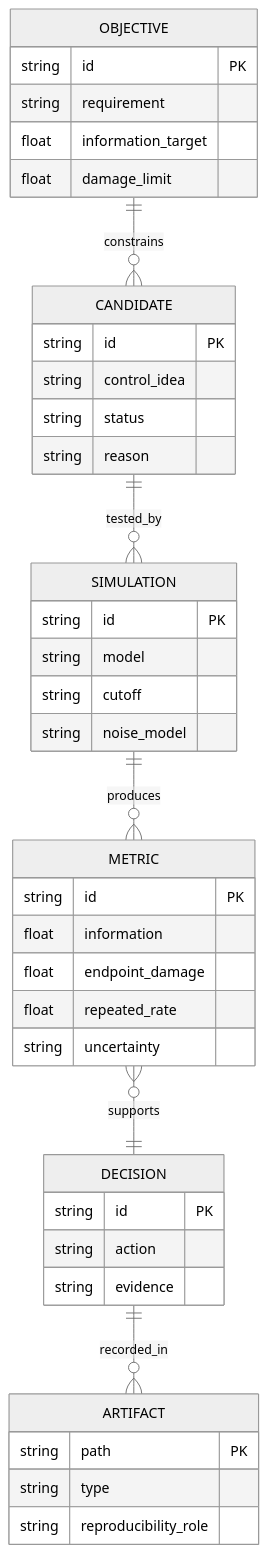
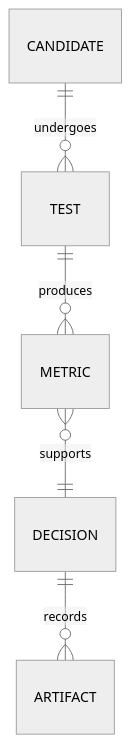
One commit to simransummermalik/solvingalice-bob changed the diagram in README.md. Above: the diagram before and after it, drawn with Mermaid (neutral theme). The commit also changed other lines of this file and 7 other files, not shown here.

````diff
--- a/README.md
+++ b/README.md
@@ -641,44 +70,7 @@
 ```mermaid
 erDiagram
-    OBJECTIVE ||--o{ CANDIDATE : constrains
-    CANDIDATE ||--o{ SIMULATION : tested_by
-    SIMULATION ||--o{ METRIC : produces
+    CANDIDATE ||--o{ TEST : undergoes
+    TEST ||--o{ METRIC : produces
     METRIC }o--|| DECISION : supports
-    DECISION ||--o{ ARTIFACT : recorded_in
-
-    OBJECTIVE {
-        string id PK
-        string requirement
-        float information_target
-        float damage_limit
-    }
-    CANDIDATE {
-        string id PK
-        string control_idea
-        string status
-        string reason
-    }
-    SIMULATION {
-        string id PK
-        string model
-        string cutoff
-        string noise_model
-    }
-    METRIC {
-        string id PK
-        float information
-        float endpoint_damage
-        float repeated_rate
-        string uncertainty
-    }
-    DECISION {
-        string id PK
-        string action
-        string evidence
-    }
-    ARTIFACT {
-        string path PK
-        string type
-        string reproducibility_role
-    }
+    DECISION ||--o{ ARTIFACT : records
 ```
````
